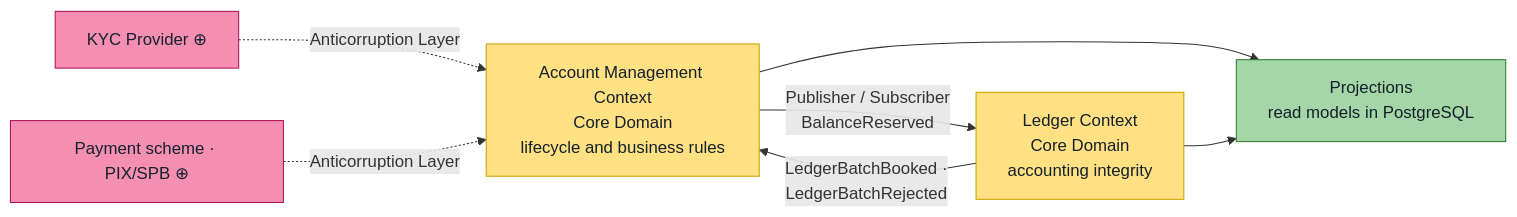
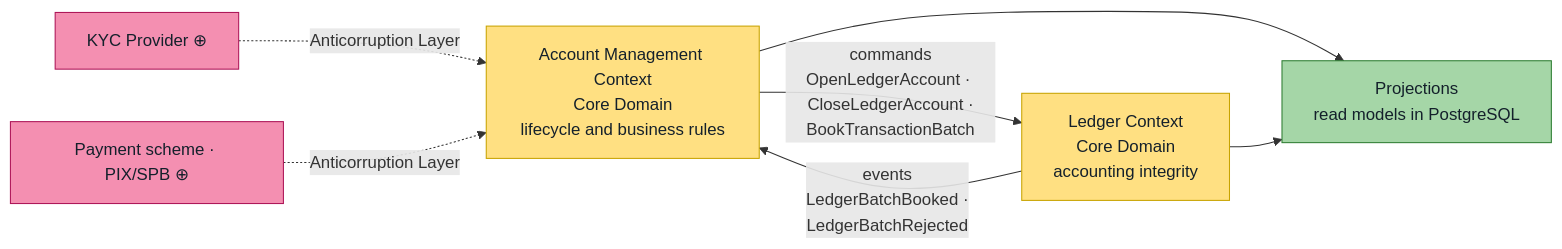
The sixth of 6 diagrams in README.md (LuanDc/banking), drawn with Mermaid before and after one commit. The commit also changed other lines of this file, not shown here.

First line of the commit message:
docs: make ledger an open host service and settle H1 and H2

````diff
--- a/README.md
+++ b/README.md
@@ -337,19 +358,19 @@
 ```mermaid
 flowchart LR
     AM["Account Management Context<br/>Core Domain<br/>lifecycle and business rules"]:::ctx
     LG["Ledger Context<br/>Core Domain<br/>accounting integrity"]:::ctx
     PJ["Projections<br/>read models in PostgreSQL"]:::sup
     KYC["KYC Provider ⊕"]:::ext
     SPB["Payment scheme · PIX/SPB ⊕"]:::ext
 
-    AM -->|"Publisher / Subscriber<br/>BalanceReserved"| LG
-    LG -->|"LedgerBatchBooked ·<br/>LedgerBatchRejected"| AM
+    AM -->|"commands<br/>OpenLedgerAccount · CloseLedgerAccount ·<br/>BookTransactionBatch"| LG
+    LG -->|"events<br/>LedgerBatchBooked ·<br/>LedgerBatchRejected"| AM
     AM --> PJ
     LG --> PJ
     KYC -.->|"Anticorruption Layer"| AM
     SPB -.->|"Anticorruption Layer"| AM
 
     classDef ctx fill:#FFE082,stroke:#C8A300,color:#14202B
     classDef sup fill:#A5D6A7,stroke:#2E7D32,color:#14202B
     classDef ext fill:#F48FB1,stroke:#AD1457,color:#14202B
 ```
````
